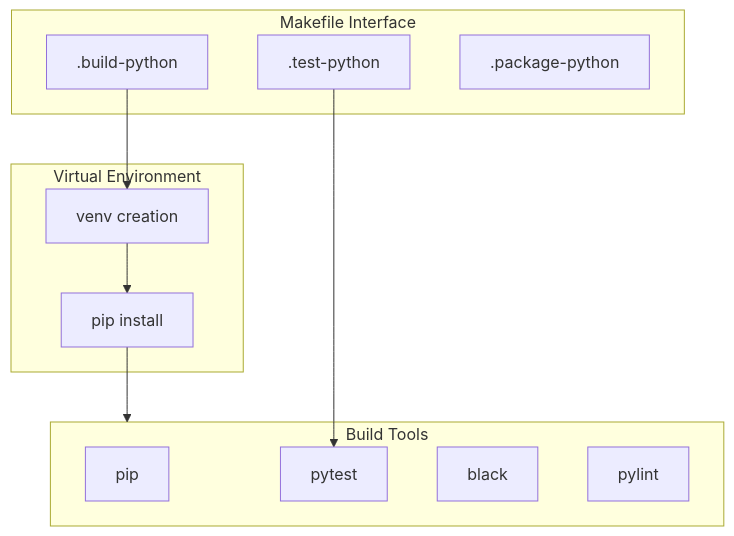
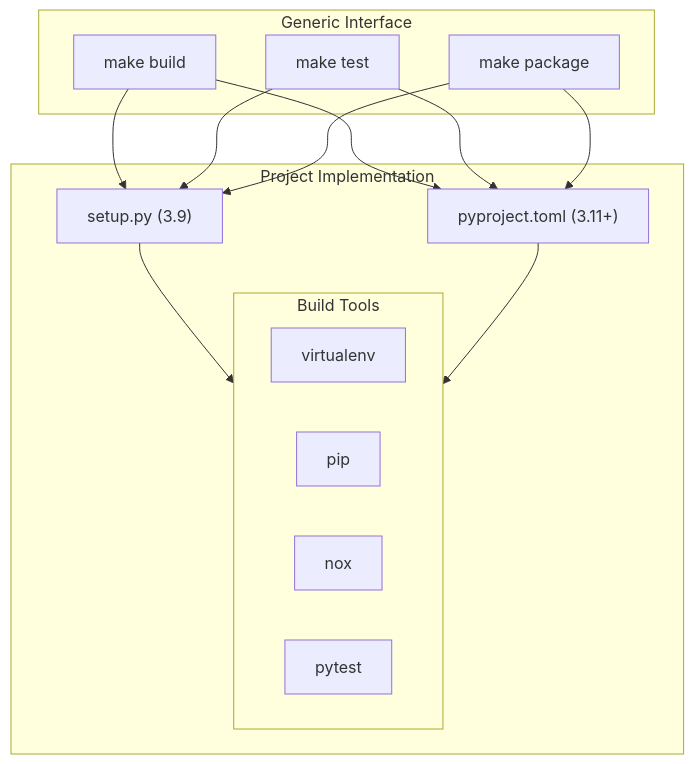
Before and after one commit to jlheater/test-project-123456: the diagram in docs/build-system/python-builds.md, drawn with Mermaid. The commit also changed other lines of this file and 11 other files, not shown here.

Commit message:
Enhance documentation for system requirements and build process, including a structured table of contents and updates to makefile usage for C++ and Python projects.

````diff
--- a/docs/build-system/python-builds.md
+++ b/docs/build-system/python-builds.md
@@ -9,26 +13,24 @@
 ```mermaid
 flowchart TD
-    subgraph Make["Makefile Interface"]
-        PY[".build-python"]
-        Test[".test-python"]
-        Pack[".package-python"]
+    subgraph Interface["Generic Interface"]
+        Build[make build]
+        Test[make test]
+        Pack[make package]
     end
 
-    subgraph Venv["Virtual Environment"]
-        Create["venv creation"]
-        Deps["pip install"]
+    subgraph Implementation["Project Implementation"]
+        Setup["setup.py (3.9)"]
+        Toml["pyproject.toml (3.11+)"]
         
-        Create --> Deps
+        subgraph Tools["Build Tools"]
+            Venv["virtualenv"]
+            Pip["pip"]
+            Nox["nox"]
+            PyTest["pytest"]
+        end
     end
 
-    subgraph Tools["Build Tools"]
-        Pip["pip"]
-        PyTest["pytest"]
-        Black["black"]
-        PyLint["pylint"]
-    end
-
-    PY --> Create
-    Deps --> Tools
-    Test --> PyTest
+    Build & Test & Pack --> Setup
+    Build & Test & Pack --> Toml
+    Setup & Toml --> Tools
 ```
````
